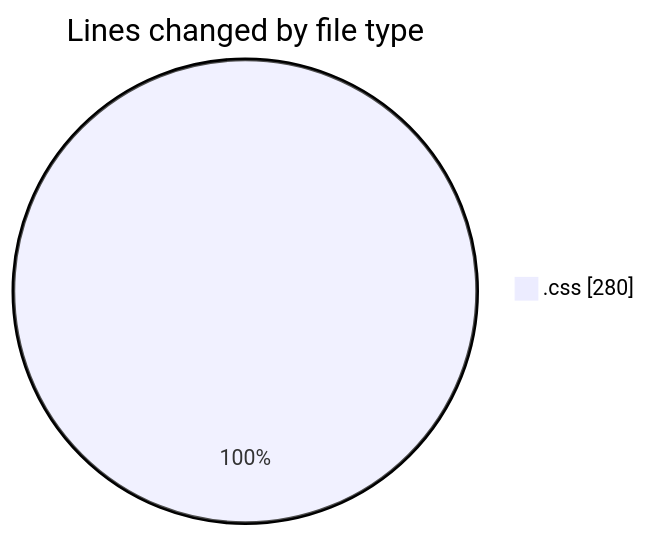
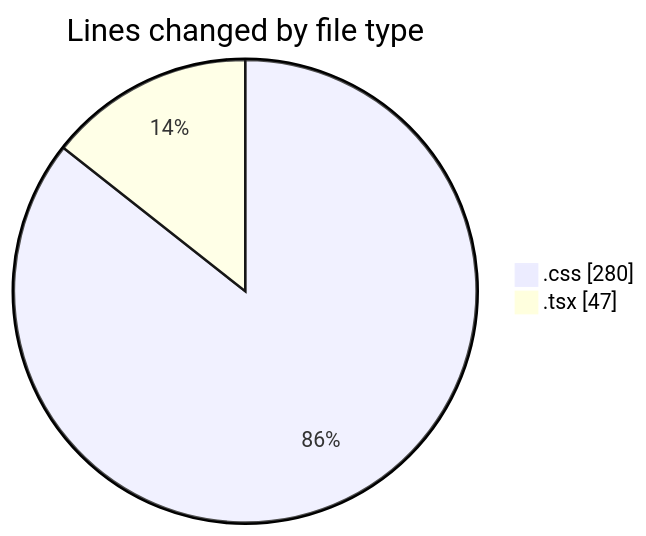
One commit to JenPaints/code-tracking changed the first of 2 diagrams in 2025-07-11/playgram-motion-arena-main/README.md. Above: the diagram before and after it, drawn with Mermaid. The commit also changed other lines of this file and 1 other file, not shown here.

````diff
--- a/2025-07-11/playgram-motion-arena-main/README.md
+++ b/2025-07-11/playgram-motion-arena-main/README.md
@@ -20,5 +21,6 @@
 ```mermaid
 pie showData
 title Lines changed by file type
 ".css" : 280
+".tsx" : 47
 ```
````
